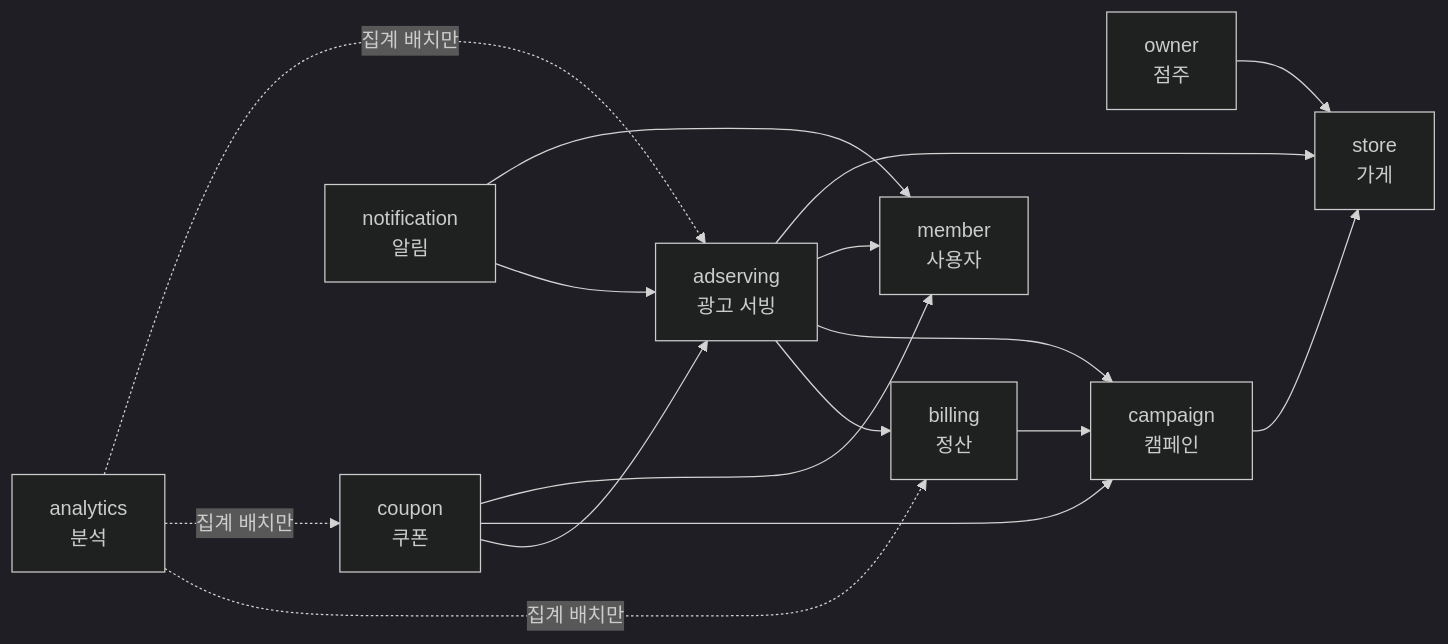
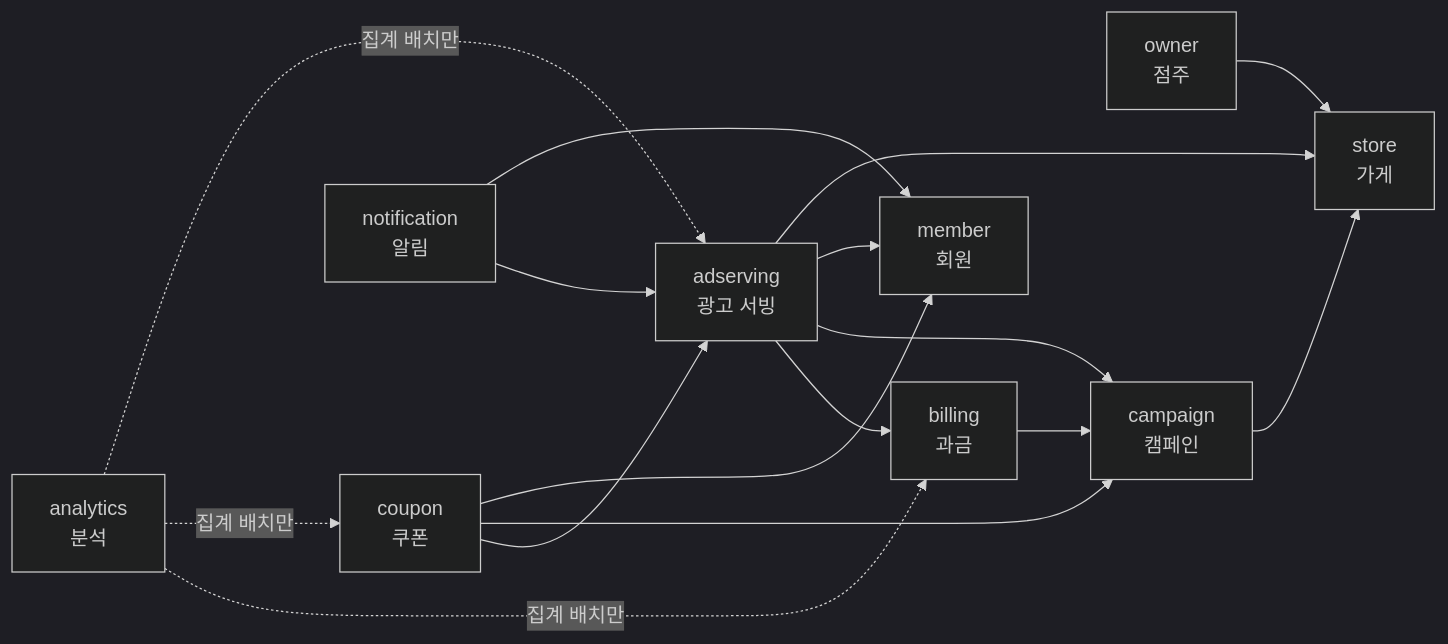
Before and after one commit to lunch-catch/lc-backend: the second of 2 diagrams in docs/architecture/런치캐치_도메인_구조와_의존성_설계.md, drawn with Mermaid (dark theme). The commit also changed other lines of this file and 5 other files, not shown here.

````diff
--- a/docs/architecture/런치캐치_도메인_구조와_의존성_설계.md
+++ b/docs/architecture/런치캐치_도메인_구조와_의존성_설계.md
@@ -259,26 +259,26 @@
 ```mermaid
 flowchart LR
   ANA["analytics<br/>분석"]
   COU["coupon<br/>쿠폰"]
   NOT["notification<br/>알림"]
   OWN["owner<br/>점주"]
   ADS["adserving<br/>광고 서빙"]
-  BIL["billing<br/>정산"]
-  MEM["member<br/>사용자"]
+  BIL["billing<br/>과금"]
+  MEM["member<br/>회원"]
   CAM["campaign<br/>캠페인"]
   STO["store<br/>가게"]
 
   ANA -. "집계 배치만" .-> BIL & COU & ADS
   BIL --> CAM
   COU --> ADS
   COU --> CAM
   COU --> MEM
   NOT --> ADS
   NOT --> MEM
   OWN --> STO
   ADS --> BIL
   ADS --> CAM
   ADS --> MEM
   ADS --> STO
   CAM --> STO
 ```
````
